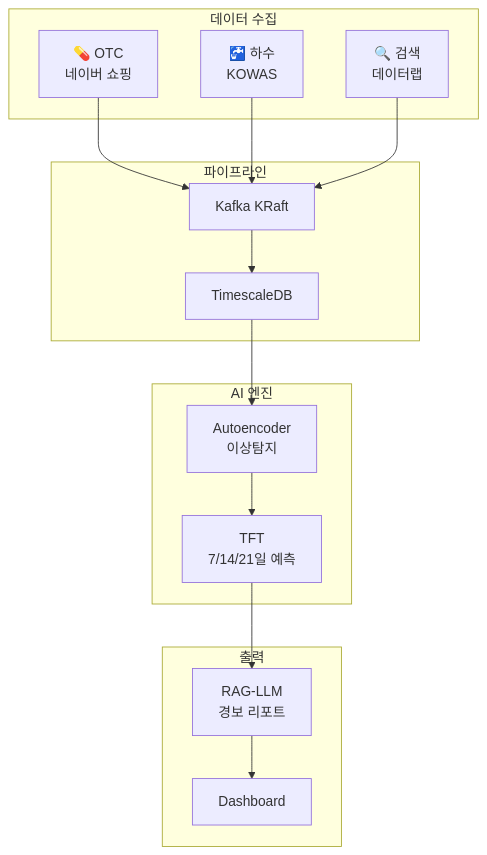
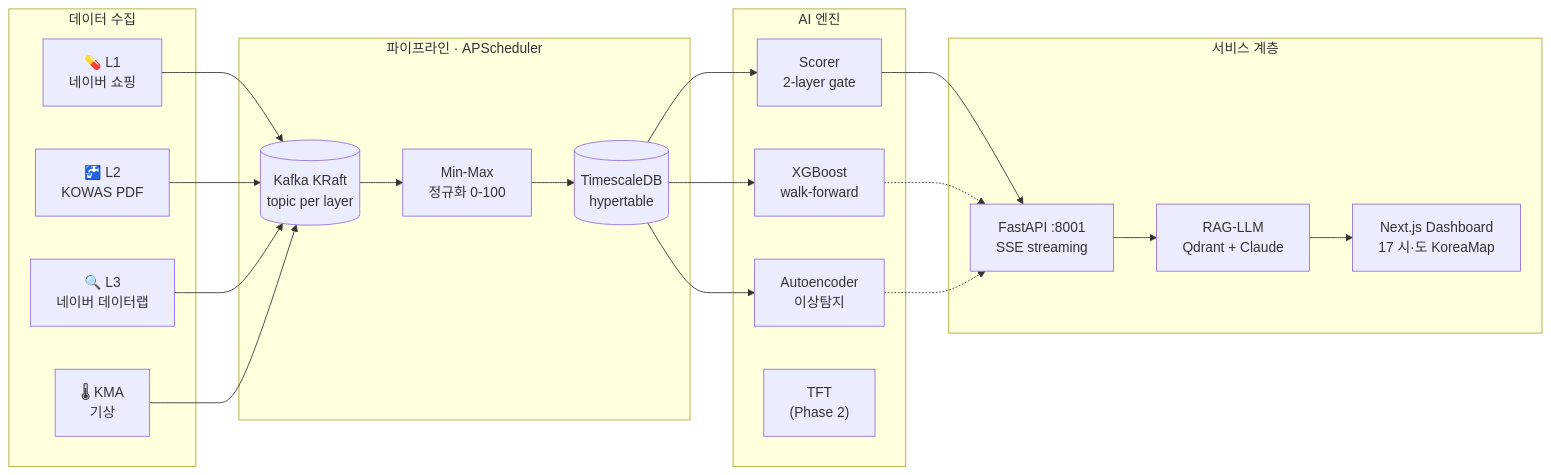
One commit to zln02/urban-immune-system changed the diagram in README.md. Above: the diagram before and after it, drawn with Mermaid. The commit also changed other lines of this file, not shown here.

````diff
--- a/README.md
+++ b/README.md
@@ -31,21 +60,29 @@
 ```mermaid
-graph TB
-    subgraph Collection["데이터 수집"]
-        L1["💊 OTC<br>네이버 쇼핑"]
-        L2["🚰 하수<br>KOWAS"]
-        L3["🔍 검색<br>데이터랩"]
+graph LR
+    subgraph Sources["데이터 수집"]
+        L1["💊 L1<br/>네이버 쇼핑"]
+        L2["🚰 L2<br/>KOWAS PDF"]
+        L3["🔍 L3<br/>네이버 데이터랩"]
+        AUX["🌡 KMA<br/>기상"]
     end
-    subgraph Pipeline["파이프라인"]
-        KAFKA["Kafka KRaft"]
-        TSDB["TimescaleDB"]
+    subgraph Pipeline["파이프라인 · APScheduler"]
+        KAFKA[("Kafka KRaft<br/>topic per layer")]
+        NORM["Min-Max<br/>정규화 0-100"]
+        TSDB[("TimescaleDB<br/>hypertable")]
     end
-    subgraph ML["AI 엔진"]
-        AE["Autoencoder<br>이상탐지"]
-        TFT["TFT<br>7/14/21일 예측"]
+    subgraph Engine["AI 엔진"]
+        SCORER["Scorer<br/>2-layer gate"]
+        XGB["XGBoost<br/>walk-forward"]
+        AE["Autoencoder<br/>이상탐지"]
+        TFT["TFT<br/>(Phase 2)"]
     end
-    subgraph Output["출력"]
-        RAG["RAG-LLM<br>경보 리포트"]
-        DASH["Dashboard"]
+    subgraph Service["서비스 계층"]
+        API["FastAPI :8001<br/>SSE streaming"]
+        RAG["RAG-LLM<br/>Qdrant + Claude"]
+        UI["Next.js Dashboard<br/>17 시·도 KoreaMap"]
     end
-    L1 & L2 & L3 --> KAFKA --> TSDB --> AE --> TFT --> RAG --> DASH
+    L1 & L2 & L3 & AUX --> KAFKA --> NORM --> TSDB
+    TSDB --> SCORER --> API
+    TSDB --> XGB & AE -.-> API
+    API --> RAG --> UI
 ```
````
